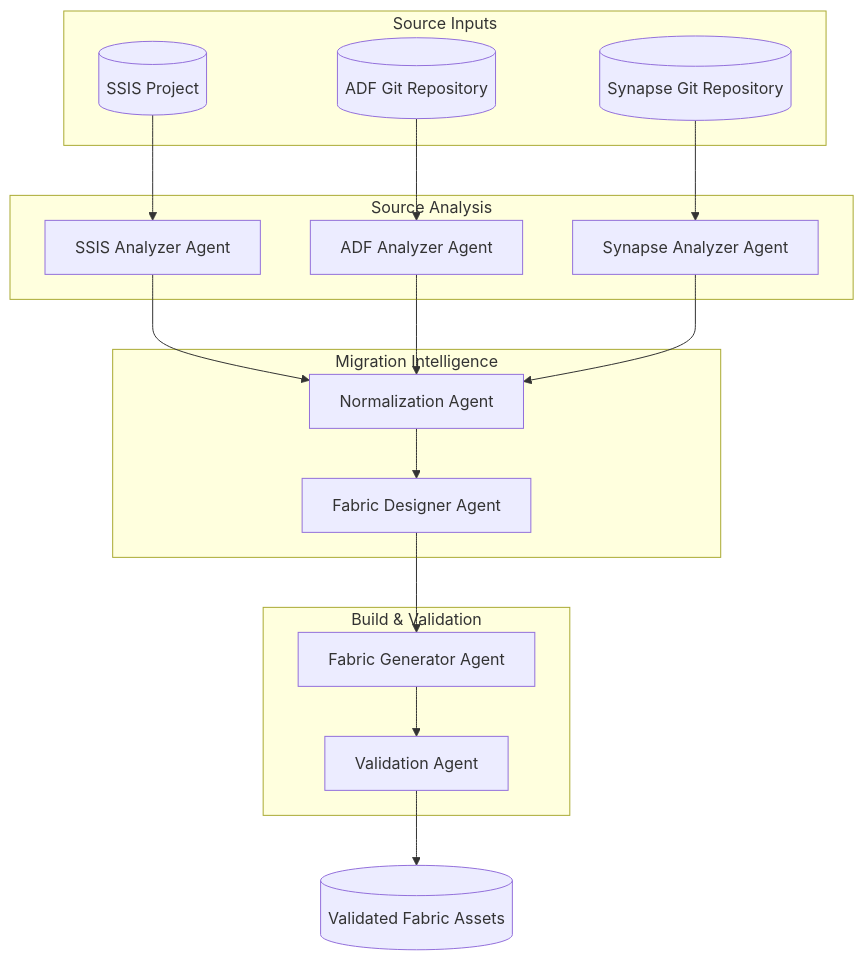
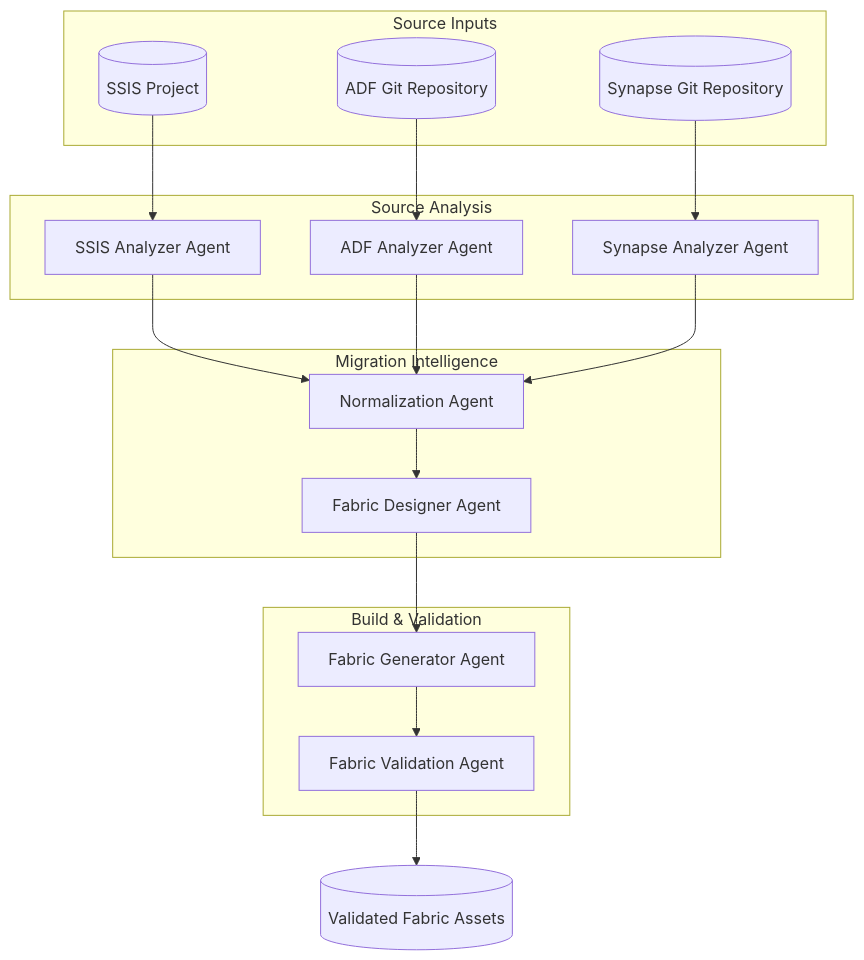
Before and after one commit to PlainsightPro/Vision-Playbook: the second of 2 diagrams in Technical Guideline Ops/Migration Best-Practices/AI-Driven Migration.md, drawn with Mermaid. The commit also changed other lines of this file, not shown here.

````diff
--- a/Technical Guideline Ops/Migration Best-Practices/AI-Driven Migration.md
+++ b/Technical Guideline Ops/Migration Best-Practices/AI-Driven Migration.md
@@ -54,55 +68,55 @@
 ```mermaid
 flowchart TD
   %% =========================
   %% Inputs
   %% =========================
   subgraph INPUTS[Source Inputs]
     I1[(SSIS Project)]
     I2[(ADF Git Repository)]
     I3[(Synapse Git Repository)]
   end
 
   %% =========================
   %% Analysis Layer
   %% =========================
   subgraph ANALYSIS[Source Analysis]
     A1[SSIS Analyzer Agent]
     A2[ADF Analyzer Agent]
     A3[Synapse Analyzer Agent]
   end
 
   %% =========================
   %% Intelligence Layer
   %% =========================
   subgraph INTEL[Migration Intelligence]
     N[Normalization Agent]
     D[Fabric Designer Agent]
   end
 
   %% =========================
   %% Build & Validate Layer
   %% =========================
   subgraph BUILD[Build & Validation]
     G[Fabric Generator Agent]
-    H[Validation Agent]
+    H[Fabric Validation Agent]
   end
 
   %% =========================
   %% Output
   %% =========================
   O[(Validated Fabric Assets)]
 
   %% Flow
   I1 --> A1
   I2 --> A2
   I3 --> A3
 
   A1 --> N
   A2 --> N
   A3 --> N
 
   N --> D
   D --> G
   G --> H
   H --> O
 ```
````
